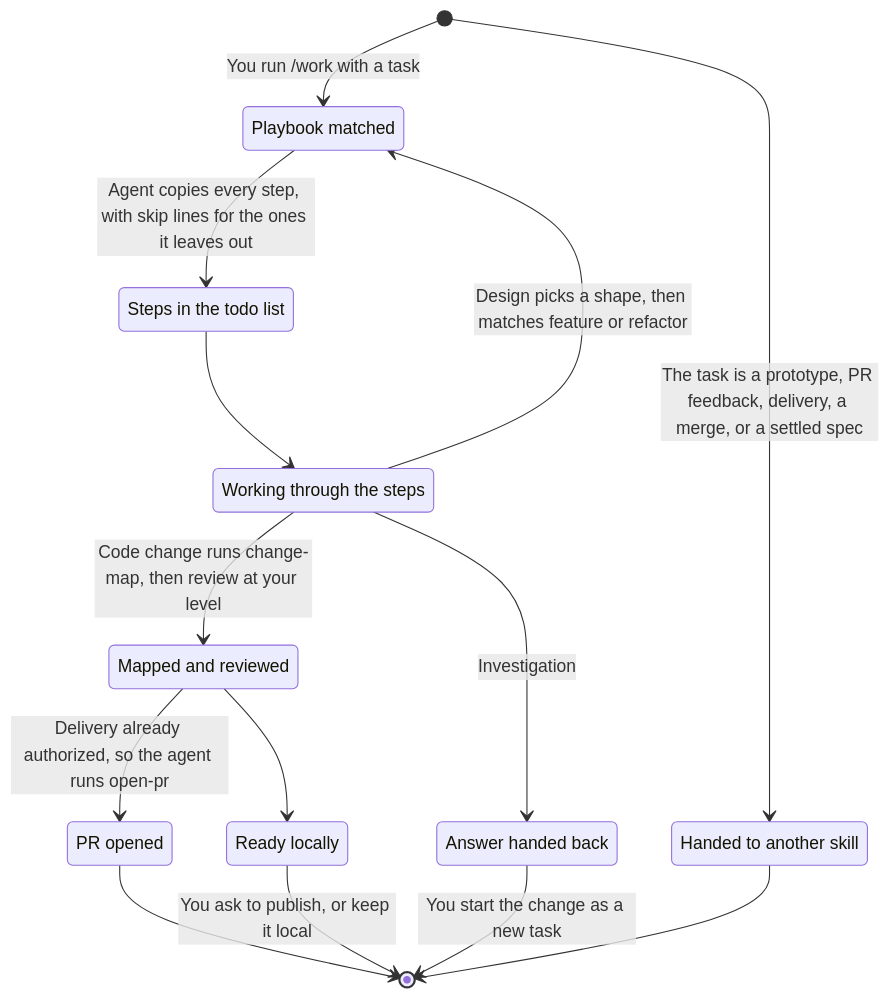
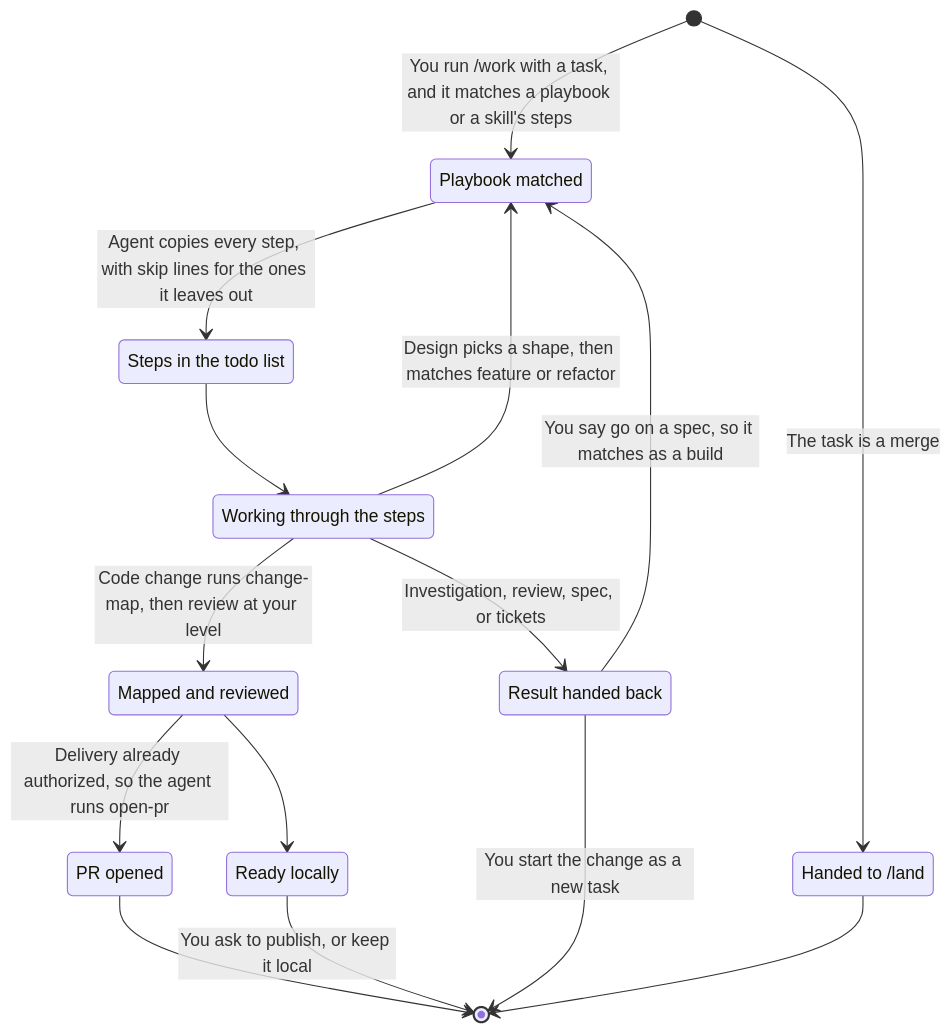
The first of 4 diagrams in docs/workflow.md (jvillegasd/harness), drawn with Mermaid before and after one commit. The commit also changed other lines of this file and 15 other files, not shown here.

````diff
--- a/docs/workflow.md
+++ b/docs/workflow.md
@@ -36,25 +37,26 @@
 ```mermaid
 stateDiagram-v2
     state "Playbook matched" as Matched
     state "Steps in the todo list" as Steps
     state "Working through the steps" as Working
     state "Mapped and reviewed" as Reviewed
-    state "Answer handed back" as Answered
+    state "Result handed back" as Answered
     state "PR opened" as Opened
     state "Ready locally" as Ready
-    state "Handed to another skill" as Routed
+    state "Handed to /land" as Routed
 
-    [*] --> Matched: You run /work with a task
-    [*] --> Routed: The task is a prototype, PR feedback, delivery, a merge, or a settled spec
+    [*] --> Matched: You run /work with a task, and it matches a playbook or a skill's steps
+    [*] --> Routed: The task is a merge
     Matched --> Steps: Agent copies every step, with skip lines for the ones it leaves out
     Steps --> Working
     Working --> Reviewed: Code change runs change-map, then review at your level
-    Working --> Answered: Investigation
+    Working --> Answered: Investigation, review, spec, or tickets
     Working --> Matched: Design picks a shape, then matches feature or refactor
     Reviewed --> Ready
     Reviewed --> Opened: Delivery already authorized, so the agent runs open-pr
     Opened --> [*]
     Ready --> [*]: You ask to publish, or keep it local
     Answered --> [*]: You start the change as a new task
+    Answered --> Matched: You say go on a spec, so it matches as a build
     Routed --> [*]
 ```
````
